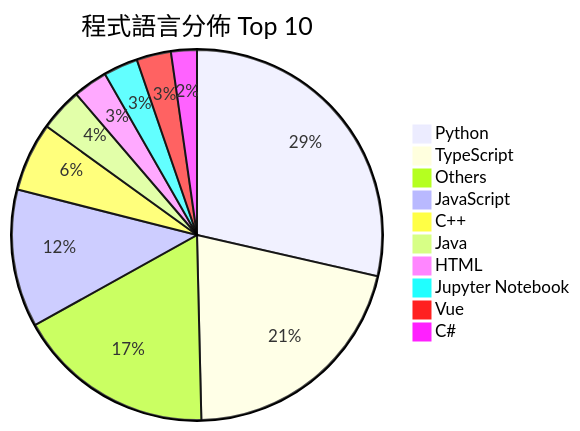
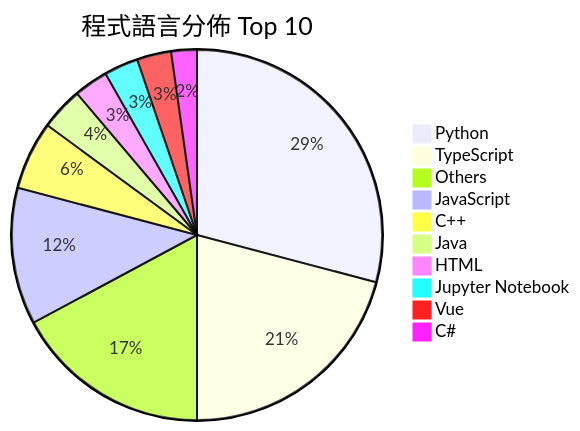
The second of 2 diagrams in README.md (Andy87877/GitHub-Star-Manager), drawn with Mermaid before and after one commit. The commit also changed other lines of this file and 3 other files, not shown here.

````diff
--- a/README.md
+++ b/README.md
@@ -27,13 +27,13 @@
 ```mermaid
 pie title 程式語言分佈 Top 10
-    "Python" : 38
+    "Python" : 39
     "TypeScript" : 28
     "Others" : 23
     "JavaScript" : 16
     "C++" : 8
     "Java" : 5
     "HTML" : 4
     "Jupyter Notebook" : 4
     "Vue" : 4
     "C#" : 3
 ```
````
